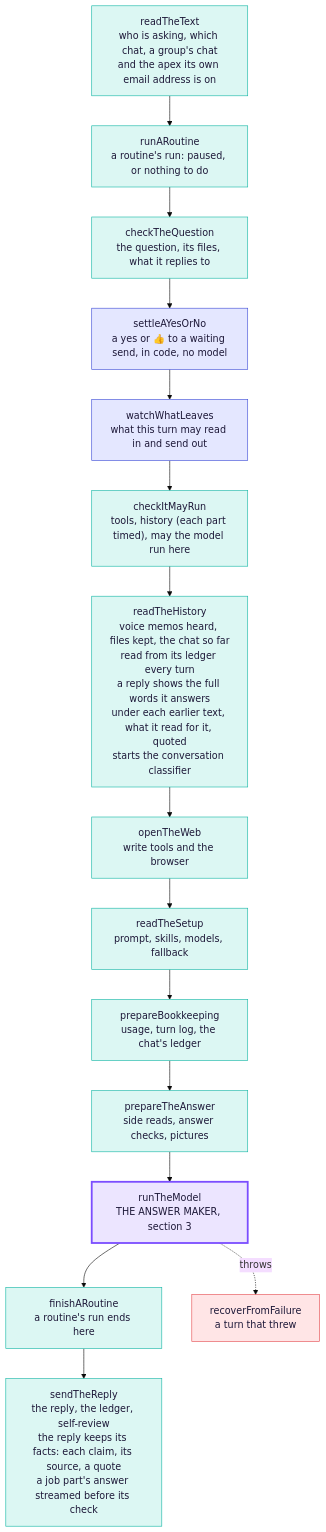
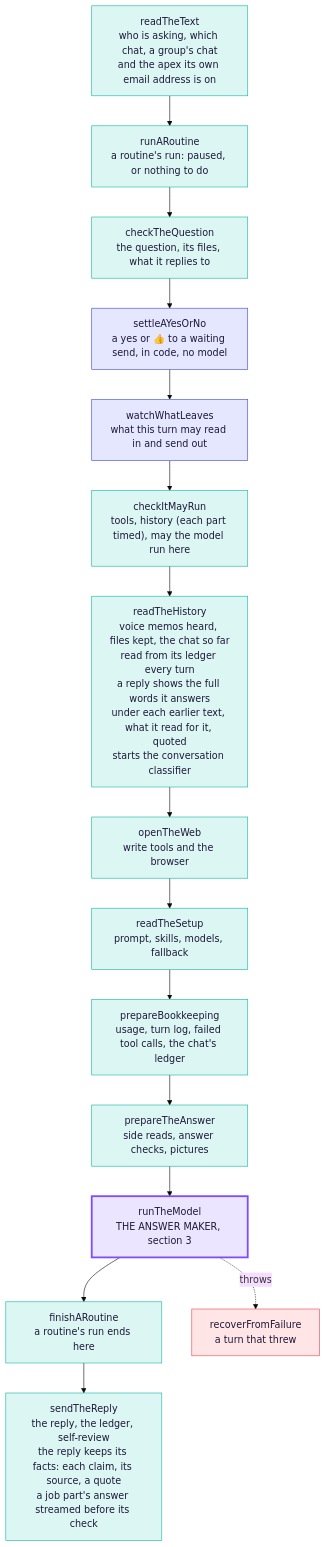
Before and after one commit to Supa-Media/context: the second of 3 diagrams in docs/architecture/tex.md, drawn with Mermaid (base theme). The commit also changed other lines of this file and 44 other files, not shown here.

First line of the commit message:
Tex: log every failed tool call, give the advisor its own limit, and stop the Nov Babies tool failures (#3187)

````diff
--- a/docs/architecture/tex.md
+++ b/docs/architecture/tex.md
@@ -81,24 +81,24 @@
 ```mermaid
 flowchart TB
   readTheText["readTheText<br/>who is asking, which chat, a group's chat<br/>and the apex its own email address is on"]:::step
   runARoutine["runARoutine<br/>a routine's run: paused, or nothing to do"]:::step
   checkTheQuestion["checkTheQuestion<br/>the question, its files, what it replies to"]:::step
   settleAYesOrNo["settleAYesOrNo<br/>a yes or 👍 to a waiting send, in code, no model"]:::rail
   watchWhatLeaves["watchWhatLeaves<br/>what this turn may read in and send out"]:::rail
   checkItMayRun["checkItMayRun<br/>tools, history (each part timed), may the model run here"]:::step
   readTheHistory["readTheHistory<br/>voice memos heard, files kept, the chat so far<br/>read from its ledger every turn<br/>a reply shows the full words it answers<br/>under each earlier text, what it read for it, quoted<br/>starts the conversation classifier"]:::step
   openTheWeb["openTheWeb<br/>write tools and the browser"]:::step
   readTheSetup["readTheSetup<br/>prompt, skills, models, fallback"]:::step
-  prepareBookkeeping["prepareBookkeeping<br/>usage, turn log, the chat's ledger"]:::step
+  prepareBookkeeping["prepareBookkeeping<br/>usage, turn log, failed tool calls, the chat's ledger"]:::step
   prepareTheAnswer["prepareTheAnswer<br/>side reads, answer checks, pictures"]:::step
   runTheModel["runTheModel<br/>THE ANSWER MAKER, section 3"]:::model
   finishARoutine["finishARoutine<br/>a routine's run ends here"]:::step
   sendTheReply["sendTheReply<br/>the reply, the ledger, self-review<br/>the reply keeps its facts: each claim, its source, a quote<br/>a job part's answer streamed before its check"]:::step
   recoverFromFailure["recoverFromFailure<br/>a turn that threw"]:::fail
   readTheText --> runARoutine --> checkTheQuestion --> settleAYesOrNo --> watchWhatLeaves --> checkItMayRun --> readTheHistory --> openTheWeb --> readTheSetup --> prepareBookkeeping --> prepareTheAnswer --> runTheModel --> finishARoutine --> sendTheReply
   runTheModel -. throws .-> recoverFromFailure
   classDef step fill:#dcf7f3,stroke:#11b5a4,color:#1d1838
   classDef rail fill:#e4e7ff,stroke:#3c4bd6,color:#1d1838
   classDef model fill:#ece5ff,stroke:#7b4dff,stroke-width:3px,color:#1d1838
   classDef fail fill:#ffe5e6,stroke:#e5484d,color:#1d1838
 ```
````
